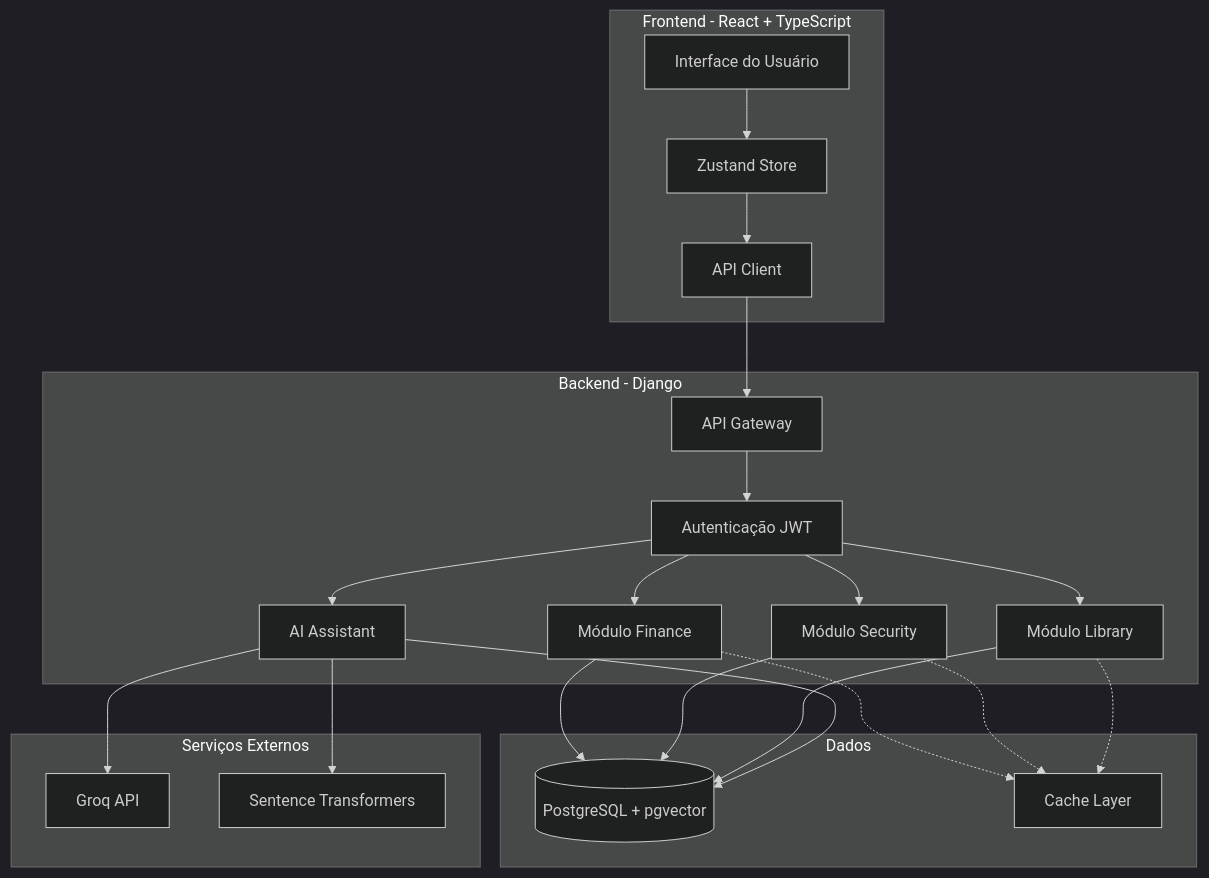
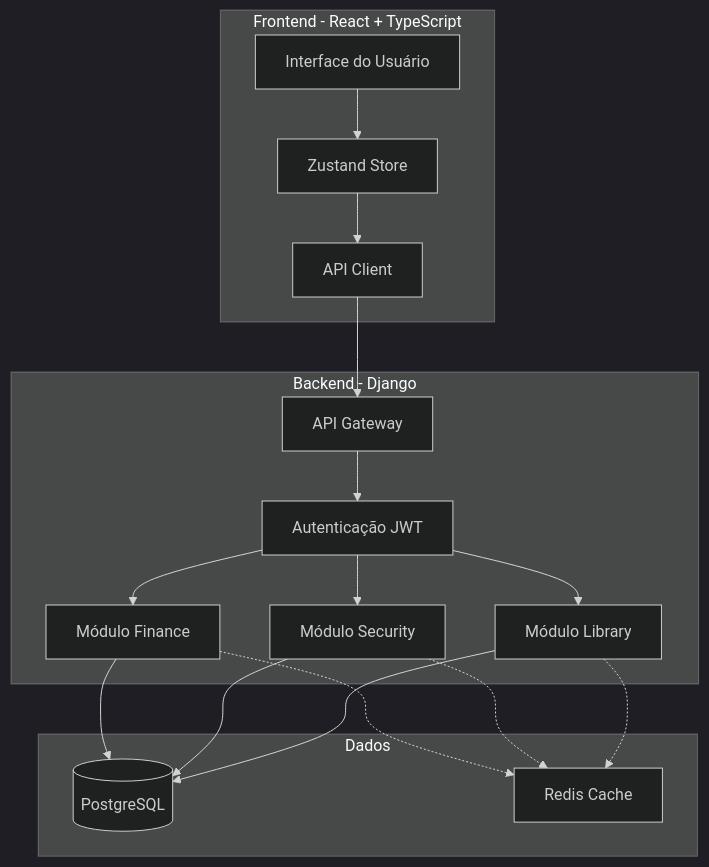
The diagram in documentation/overview/introduction.md (tarcisioribeiro/Axiom), drawn with Mermaid (dark theme) before and after one commit. The commit also changed other lines of this file and 10 other files, not shown here.

````diff
--- a/documentation/overview/introduction.md
+++ b/documentation/overview/introduction.md
@@ -87,48 +76,37 @@
 ```mermaid
 graph TB
     subgraph "Frontend - React + TypeScript"
         UI[Interface do Usuário]
         Store[Zustand Store]
         API[API Client]
     end
 
     subgraph "Backend - Django"
         Gateway[API Gateway]
         Auth[Autenticação JWT]
         Finance[Módulo Finance]
         Security[Módulo Security]
         Library[Módulo Library]
-        AI[AI Assistant]
     end
 
     subgraph "Dados"
-        DB[(PostgreSQL + pgvector)]
-        Cache[Cache Layer]
-    end
-
-    subgraph "Serviços Externos"
-        Groq[Groq API]
-        ST[Sentence Transformers]
+        DB[(PostgreSQL)]
+        Cache[Redis Cache]
     end
 
     UI --> Store
     Store --> API
     API --> Gateway
     Gateway --> Auth
     Auth --> Finance
     Auth --> Security
     Auth --> Library
-    Auth --> AI
 
     Finance --> DB
     Security --> DB
     Library --> DB
-    AI --> DB
-
-    AI --> Groq
-    AI --> ST
 
     Finance -.-> Cache
     Security -.-> Cache
     Library -.-> Cache
 ```
````
